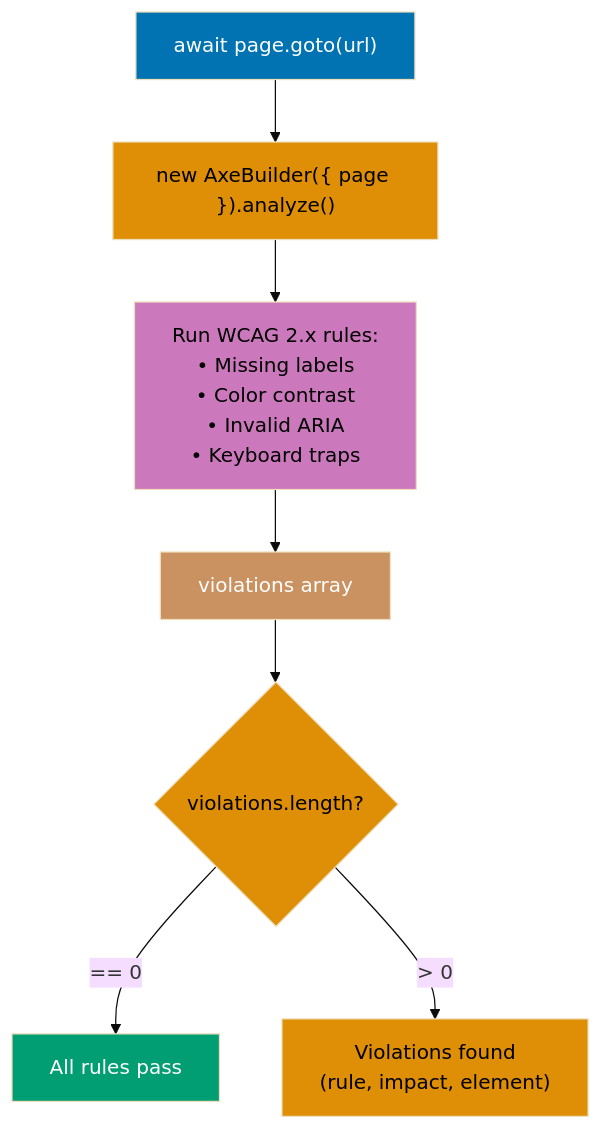
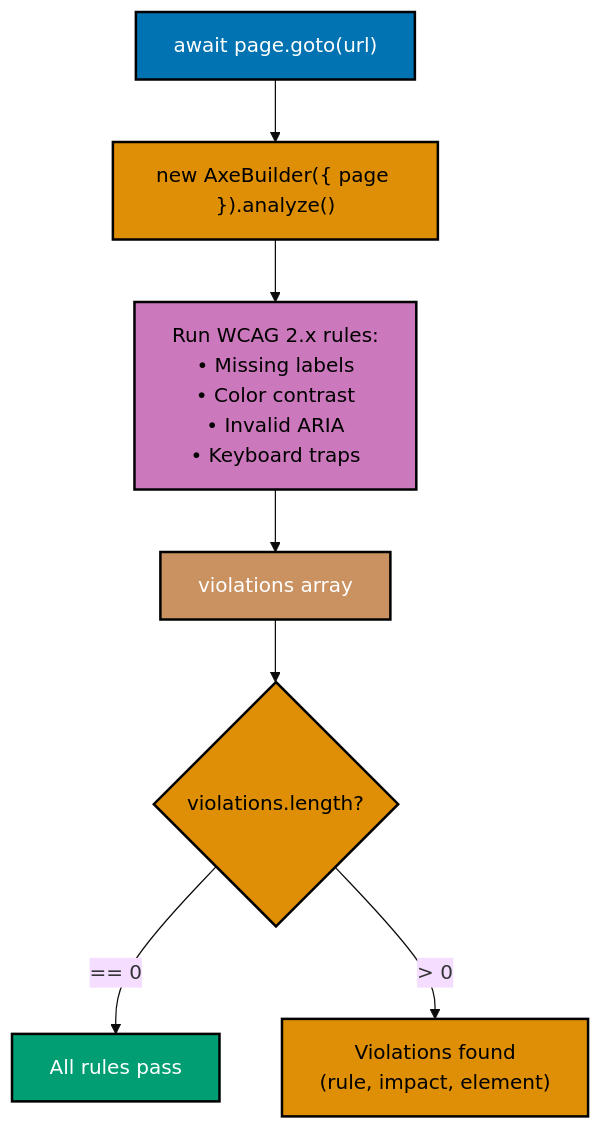
The fifth of 15 diagrams in apps/ayokoding-web/content/en/learn/software-engineering/automation-testing/tools/playwright/by-example/intermediate.md (wahidyankf/open-sharia-enterprise), drawn with Mermaid (base theme) before and after one commit. The commit also changed other lines of this file and 25 other files, not shown here.

````diff
--- a/apps/ayokoding-web/content/en/learn/software-engineering/automation-testing/tools/playwright/by-example/intermediate.md
+++ b/apps/ayokoding-web/content/en/learn/software-engineering/automation-testing/tools/playwright/by-example/intermediate.md
@@ -806,18 +806,18 @@
 ```mermaid
 %% Color Palette: Blue #0173B2, Orange #DE8F05, Teal #029E73, Purple #CC78BC, Brown #CA9161
 graph TD
     Page["await page.goto(url)"] --> Scan["new AxeBuilder({ page }).analyze()"]
     Scan --> Rules["Run WCAG 2.x rules:<br/>• Missing labels<br/>• Color contrast<br/>• Invalid ARIA<br/>• Keyboard traps"]
     Rules --> Results["violations array"]
     Results --> Check{"violations.length?"}
     Check -->|"== 0"| Pass["All rules pass"]
     Check -->|"> 0"| Fail["Violations found<br/>(rule, impact, element)"]
 
-    style Page fill:#0173B2,color:#fff
-    style Scan fill:#DE8F05,color:#000
-    style Rules fill:#CC78BC,color:#000
-    style Results fill:#CA9161,color:#fff
-    style Check fill:#DE8F05,color:#000
-    style Pass fill:#029E73,color:#fff
-    style Fail fill:#DE8F05,color:#000
+    style Page fill:#0173B2,stroke:#000000,stroke-width:2px,color:#fff
+    style Scan fill:#DE8F05,stroke:#000000,stroke-width:2px,color:#000
+    style Rules fill:#CC78BC,stroke:#000000,stroke-width:2px,color:#000
+    style Results fill:#CA9161,stroke:#000000,stroke-width:2px,color:#fff
+    style Check fill:#DE8F05,stroke:#000000,stroke-width:2px,color:#000
+    style Pass fill:#029E73,stroke:#000000,stroke-width:2px,color:#fff
+    style Fail fill:#DE8F05,stroke:#000000,stroke-width:2px,color:#000
 ```
````
